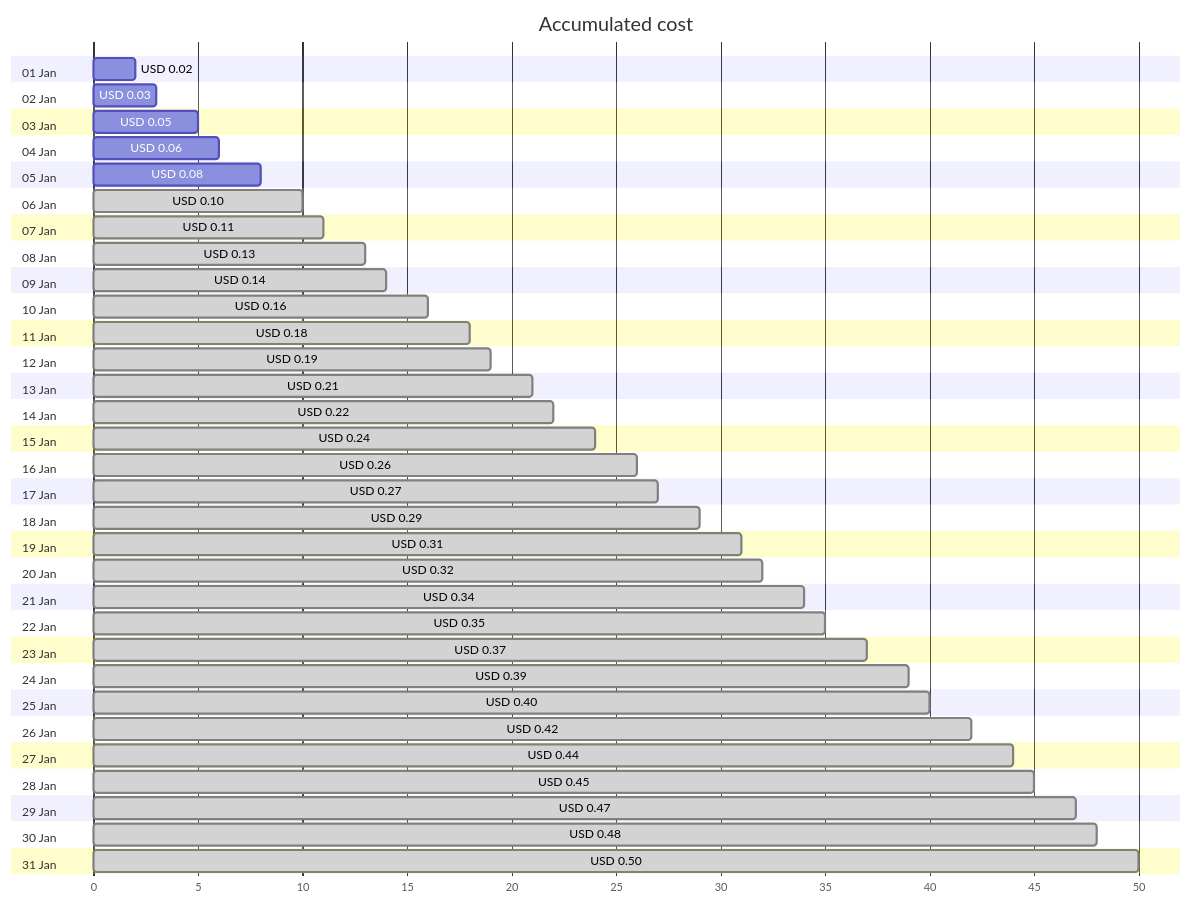
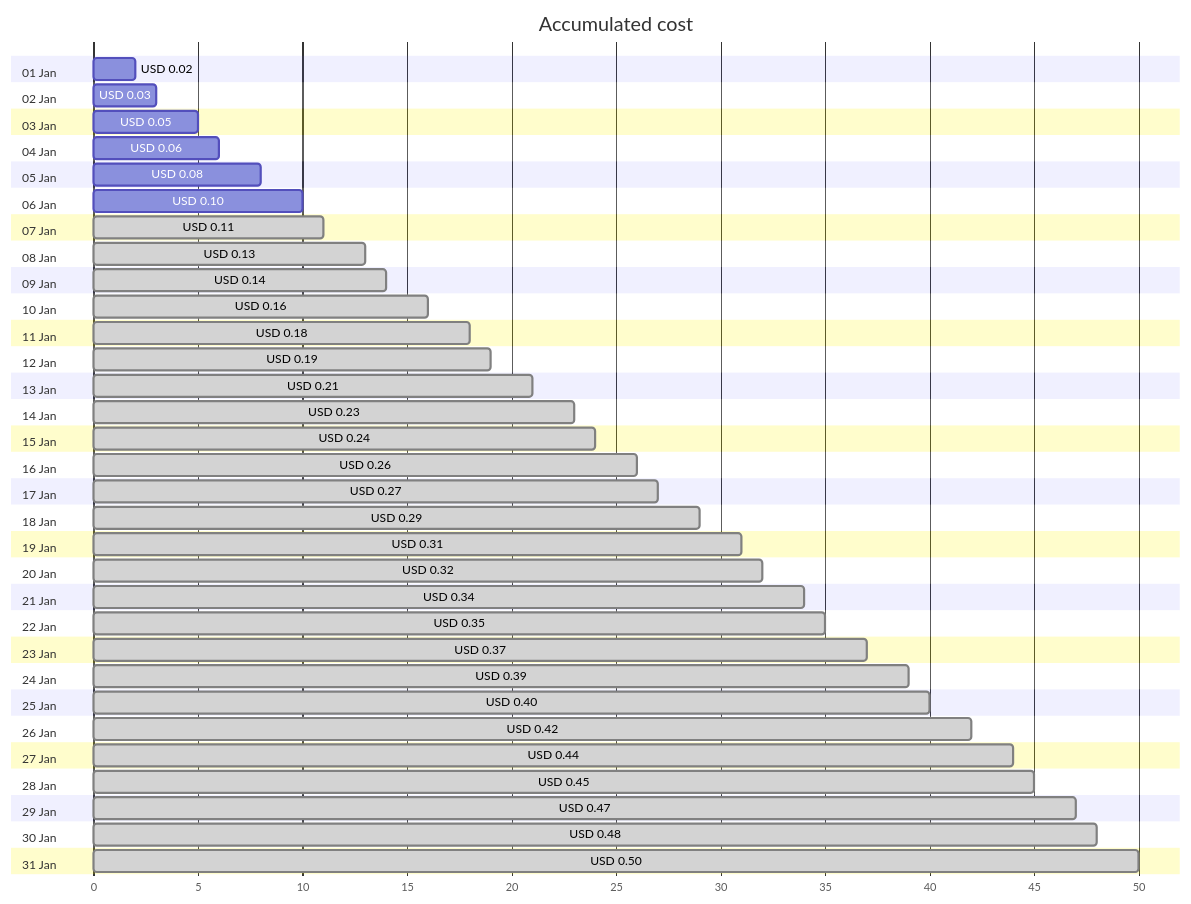
The first of 4 diagrams in cost-reports/personal-network/private.jpatrickfulton.com.md (jpfulton/azure-personal-reports), drawn with Mermaid before and after one commit. The commit also changed other lines of this file and 8 other files, not shown here.

````diff
--- a/cost-reports/personal-network/private.jpatrickfulton.com.md
+++ b/cost-reports/personal-network/private.jpatrickfulton.com.md
@@ -20,68 +20,68 @@
 ```mermaid
 gantt
    title Accumulated cost
    dateFormat  X
    axisFormat %s
    section 01 Jan
    USD 0.02 :0, 2
    section 02 Jan
    USD 0.03 :0, 3
    section 03 Jan
    USD 0.05 :0, 5
    section 04 Jan
    USD 0.06 :0, 6
    section 05 Jan
    USD 0.08 :0, 8
    section 06 Jan
-   USD 0.10 : done, 0, 10
+   USD 0.10 :0, 10
    section 07 Jan
    USD 0.11 : done, 0, 11
    section 08 Jan
    USD 0.13 : done, 0, 13
    section 09 Jan
    USD 0.14 : done, 0, 14
    section 10 Jan
    USD 0.16 : done, 0, 16
    section 11 Jan
    USD 0.18 : done, 0, 18
    section 12 Jan
    USD 0.19 : done, 0, 19
    section 13 Jan
    USD 0.21 : done, 0, 21
    section 14 Jan
-   USD 0.22 : done, 0, 22
+   USD 0.23 : done, 0, 23
    section 15 Jan
    USD 0.24 : done, 0, 24
    section 16 Jan
    USD 0.26 : done, 0, 26
    section 17 Jan
    USD 0.27 : done, 0, 27
    section 18 Jan
    USD 0.29 : done, 0, 29
    section 19 Jan
    USD 0.31 : done, 0, 31
    section 20 Jan
    USD 0.32 : done, 0, 32
    section 21 Jan
    USD 0.34 : done, 0, 34
    section 22 Jan
    USD 0.35 : done, 0, 35
    section 23 Jan
    USD 0.37 : done, 0, 37
    section 24 Jan
    USD 0.39 : done, 0, 39
    section 25 Jan
    USD 0.40 : done, 0, 40
    section 26 Jan
    USD 0.42 : done, 0, 42
    section 27 Jan
    USD 0.44 : done, 0, 44
    section 28 Jan
    USD 0.45 : done, 0, 45
    section 29 Jan
    USD 0.47 : done, 0, 47
    section 30 Jan
    USD 0.48 : done, 0, 48
    section 31 Jan
    USD 0.50 : done, 0, 50
 ```
````
